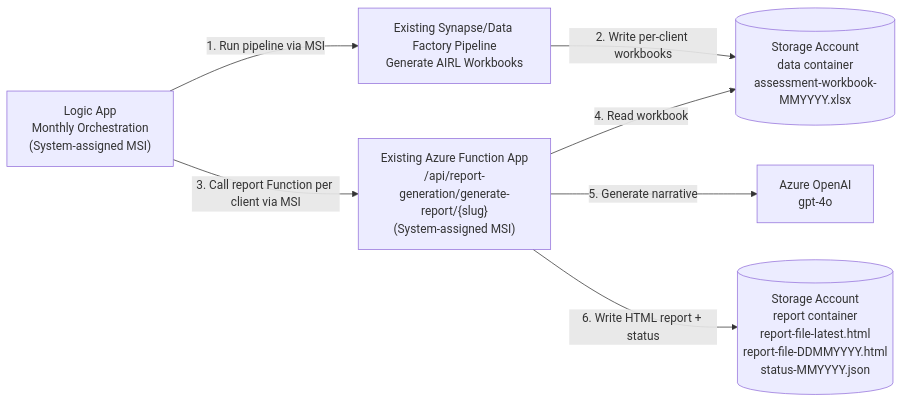
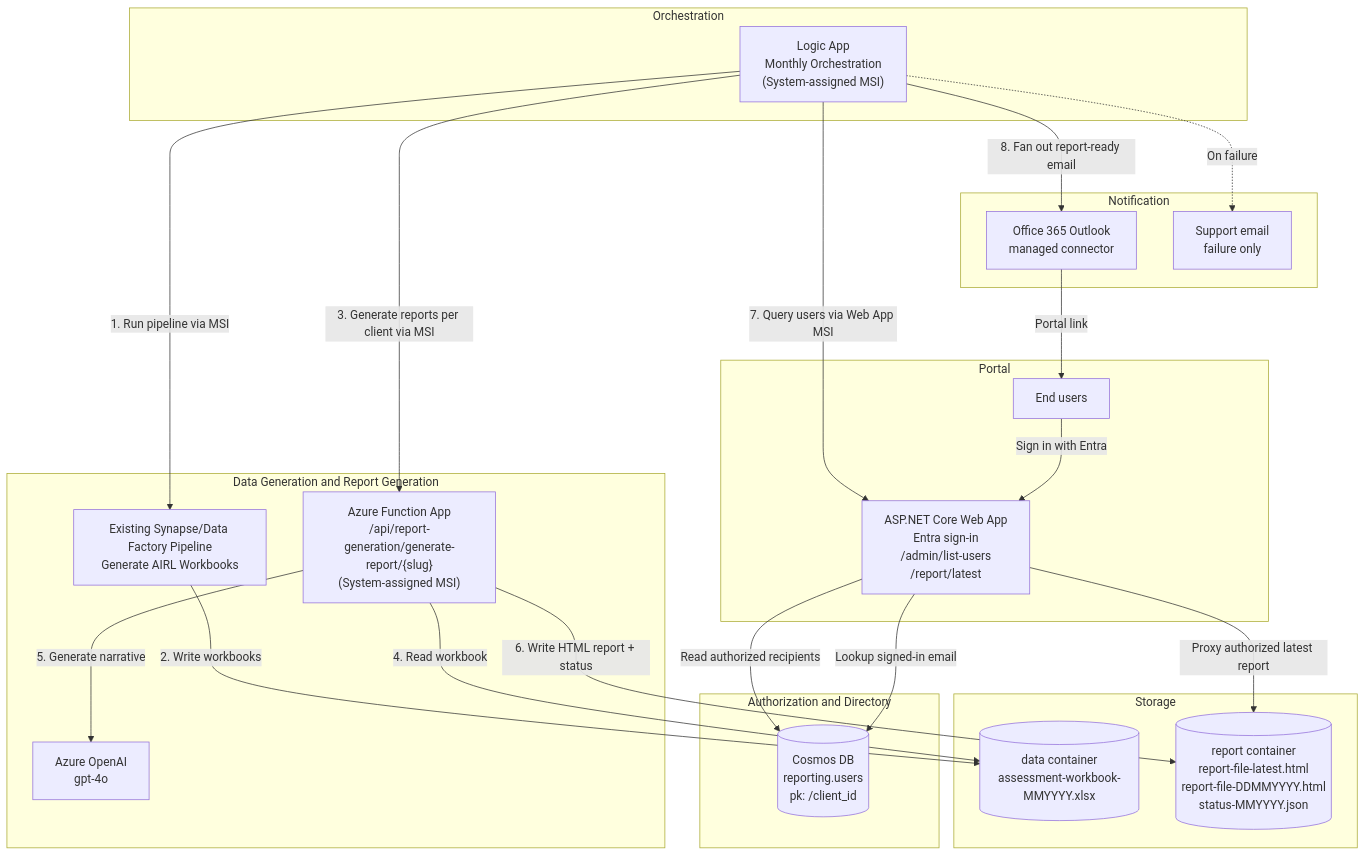
One commit to hrprtkaur88/airl-pulse-logicapp-minimal changed the diagram in docs/architecture.md. Above: the diagram before and after it, drawn with Mermaid. The commit also changed other lines of this file and 20 other files, not shown here.

Commit message:
Add web app portal and directory package

````diff
--- a/docs/architecture.md
+++ b/docs/architecture.md
@@ -7,16 +7,46 @@
 ```mermaid
-flowchart LR
-    LA["Logic App<br/>Monthly Orchestration<br/>(System-assigned MSI)"]
-    PIPE["Existing Synapse/Data Factory Pipeline<br/>Generate AIRL Workbooks"]
-    DATA[("Storage Account<br/>data container<br/>assessment-workbook-MMYYYY.xlsx")]
-    FUNC["Existing Azure Function App<br/>/api/report-generation/generate-report/{slug}<br/>(System-assigned MSI)"]
-    OAI["Azure OpenAI<br/>gpt-4o"]
-    REPORT[("Storage Account<br/>report container<br/>report-file-latest.html<br/>report-file-DDMMYYYY.html<br/>status-MMYYYY.json")]
+flowchart TB
+    subgraph ORCH["Orchestration"]
+        LA["Logic App<br/>Monthly Orchestration<br/>(System-assigned MSI)"]
+    end
+
+    subgraph DATAFLOW["Data Generation and Report Generation"]
+        PIPE["Existing Synapse/Data Factory Pipeline<br/>Generate AIRL Workbooks"]
+        FUNC["Azure Function App<br/>/api/report-generation/generate-report/{slug}<br/>(System-assigned MSI)"]
+        OAI["Azure OpenAI<br/>gpt-4o"]
+    end
+
+    subgraph STORAGE["Storage"]
+        DATA[("data container<br/>assessment-workbook-MMYYYY.xlsx")]
+        REPORT[("report container<br/>report-file-latest.html<br/>report-file-DDMMYYYY.html<br/>status-MMYYYY.json")]
+    end
+
+    subgraph AUTH["Authorization and Directory"]
+        COSMOS[("Cosmos DB<br/>reporting.users<br/>pk: /client_id")]
+    end
+
+    subgraph PORTAL["Portal"]
+        WEB["ASP.NET Core Web App<br/>Entra sign-in<br/>/admin/list-users<br/>/report/latest"]
+        USER["End users"]
+    end
+
+    subgraph NOTIFY["Notification"]
+        EMAIL["Office 365 Outlook<br/>managed connector"]
+        SUPPORT["Support email<br/>failure only"]
+    end
 
     LA -- "1. Run pipeline via MSI" --> PIPE
-    PIPE -- "2. Write per-client workbooks" --> DATA
-    LA -- "3. Call report Function per client via MSI" --> FUNC
+    PIPE -- "2. Write workbooks" --> DATA
+    LA -- "3. Generate reports per client via MSI" --> FUNC
     FUNC -- "4. Read workbook" --> DATA
     FUNC -- "5. Generate narrative" --> OAI
     FUNC -- "6. Write HTML report + status" --> REPORT
+    LA -- "7. Query users via Web App MSI" --> WEB
+    WEB -- "Read authorized recipients" --> COSMOS
+    LA -- "8. Fan out report-ready email" --> EMAIL
+    EMAIL -- "Portal link" --> USER
+    USER -- "Sign in with Entra" --> WEB
+    WEB -- "Lookup signed-in email" --> COSMOS
+    WEB -- "Proxy authorized latest report" --> REPORT
+    LA -. "On failure" .-> SUPPORT
 ```
````
